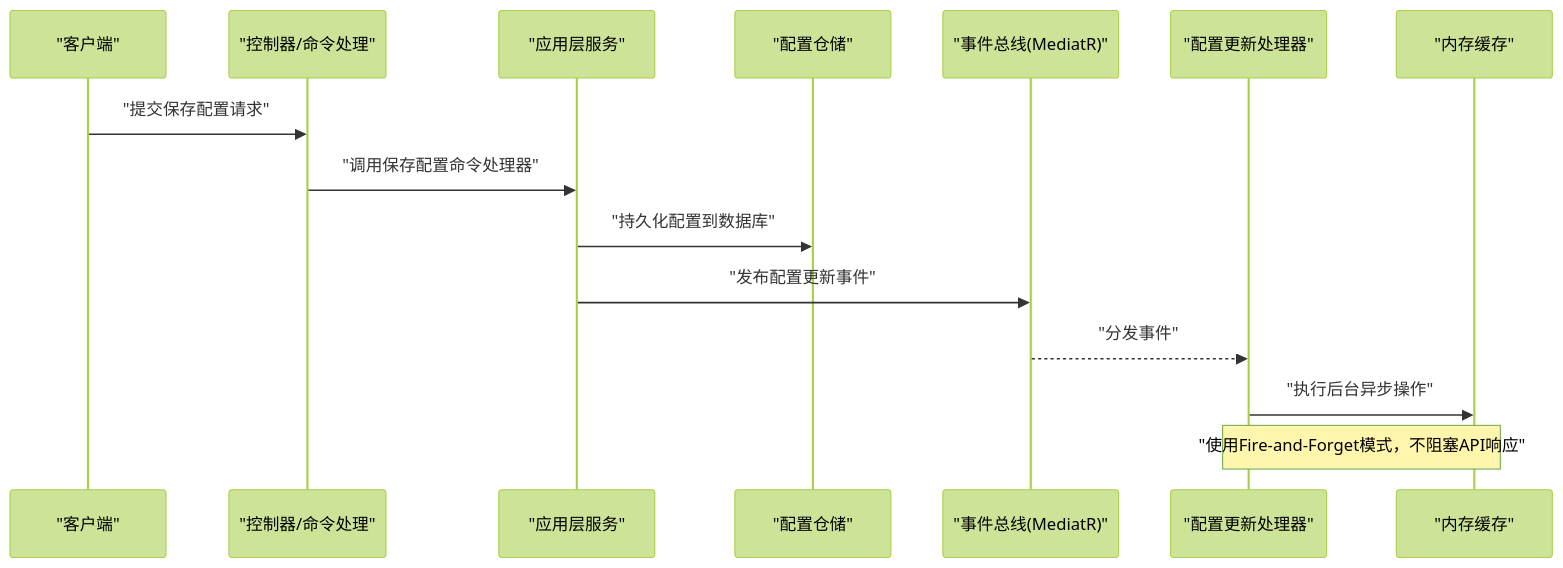
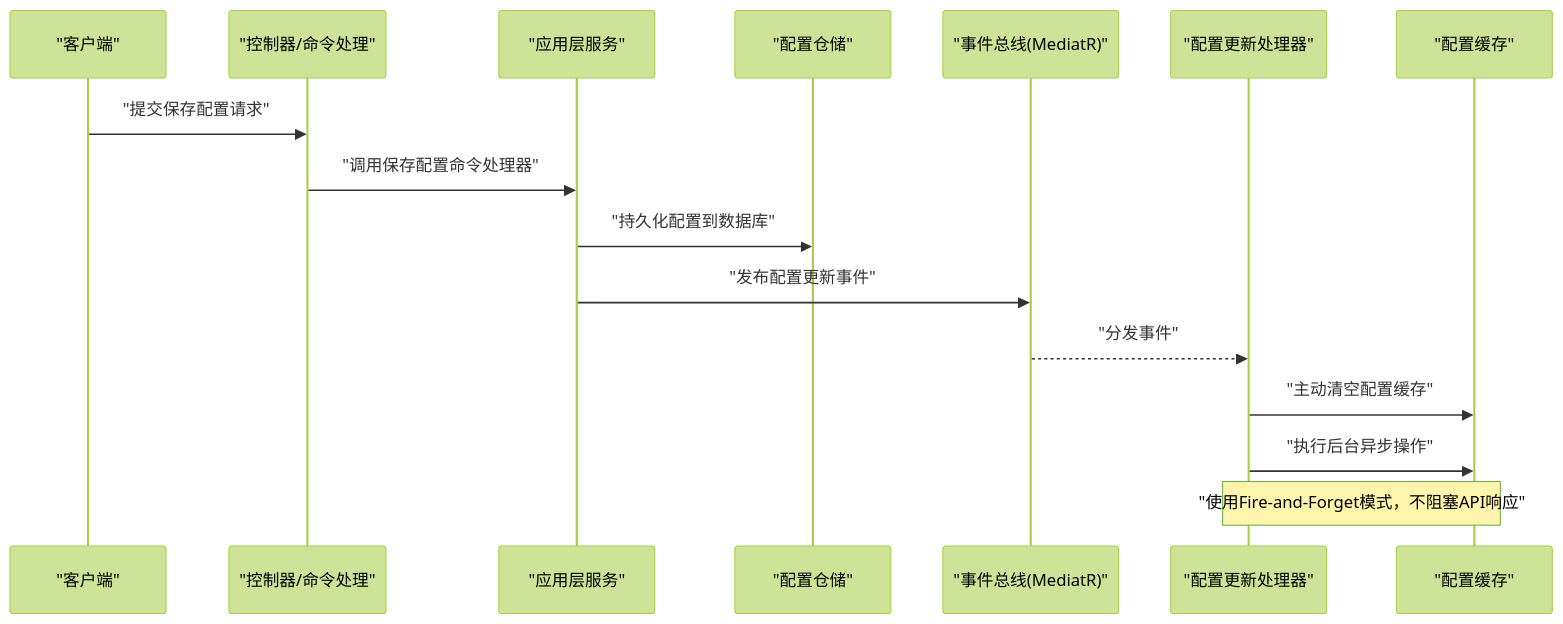
The second of 5 diagrams in .qoder/repowiki/zh/content/应用服务层/缓存管理.md (whitemousetl/IndustrialDataSolution), drawn with Mermaid (forest theme) before and after one commit. The commit also changed other lines of this file and 13 other files, not shown here.

````diff
--- a/.qoder/repowiki/zh/content/应用服务层/缓存管理.md
+++ b/.qoder/repowiki/zh/content/应用服务层/缓存管理.md
@@ -113,17 +123,18 @@
 ```mermaid
 sequenceDiagram
 participant Client as "客户端"
 participant API as "控制器/命令处理"
 participant App as "应用层服务"
 participant Repo as "配置仓储"
 participant Bus as "事件总线(MediatR)"
 participant Handler as "配置更新处理器"
-participant Cache as "内存缓存"
+participant Cache as "配置缓存"
 Client->>API : "提交保存配置请求"
 API->>App : "调用保存配置命令处理器"
 App->>Repo : "持久化配置到数据库"
 App->>Bus : "发布配置更新事件"
 Bus-->>Handler : "分发事件"
+Handler->>Cache : "主动清空配置缓存"
 Handler->>Cache : "执行后台异步操作"
 Note over Handler,Cache : "使用Fire-and-Forget模式，不阻塞API响应"
 ```
````
